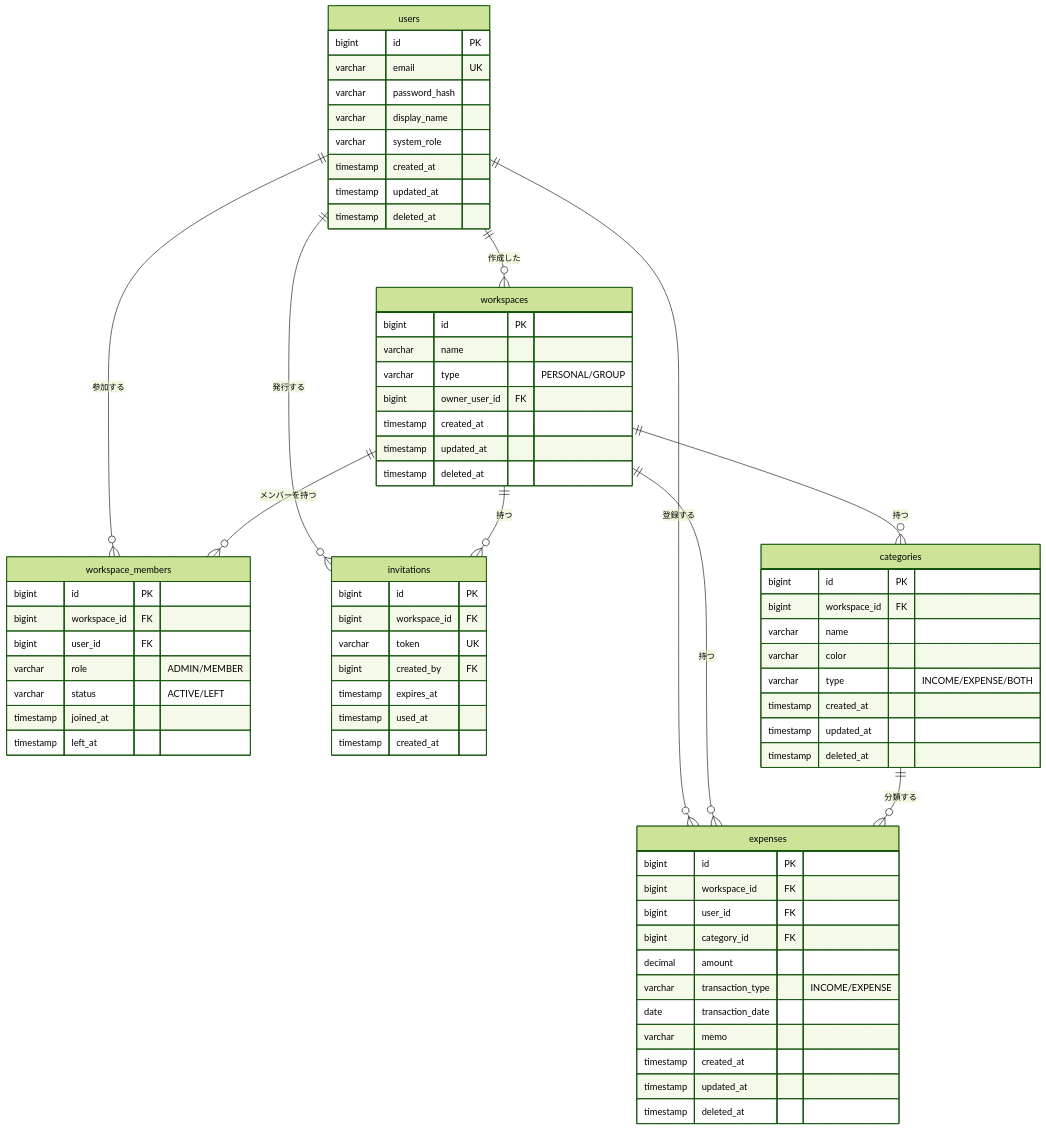
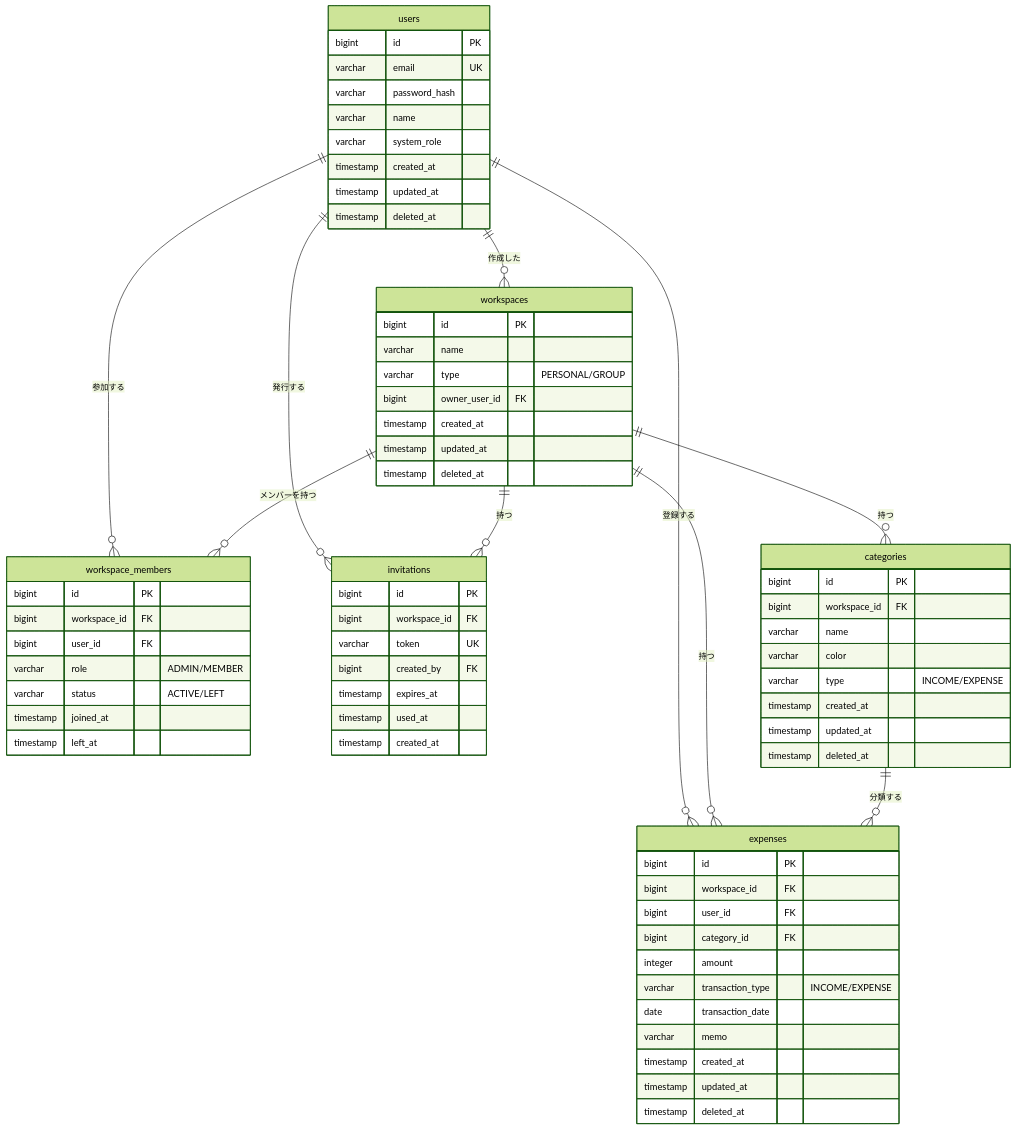
The diagram in docs/DB設計.md (riku14/family-finances), drawn with Mermaid (forest theme) before and after one commit. The commit also changed other lines of this file and 8 other files, not shown here.

Commit message:
使用されていない .gitkeep ファイルを削除し、API ドキュメントを更新して、各種エンドポイントにおける型値を大文字（INCOME/EXPENSE）に統一する。

````diff
--- a/docs/DB設計.md
+++ b/docs/DB設計.md
@@ -203,78 +203,78 @@
 ```mermaid
 erDiagram
     users ||--o{ workspaces : "作成した"
     users ||--o{ workspace_members : "参加する"
     users ||--o{ expenses : "登録する"
     users ||--o{ invitations : "発行する"
     workspaces ||--o{ workspace_members : "メンバーを持つ"
     workspaces ||--o{ categories : "持つ"
     workspaces ||--o{ expenses : "持つ"
     workspaces ||--o{ invitations : "持つ"
     categories ||--o{ expenses : "分類する"
 
     users {
         bigint id PK
         varchar email UK
         varchar password_hash
-        varchar display_name
+        varchar name
         varchar system_role
         timestamp created_at
         timestamp updated_at
         timestamp deleted_at
     }
 
     workspaces {
         bigint id PK
         varchar name
         varchar type "PERSONAL/GROUP"
         bigint owner_user_id FK
         timestamp created_at
         timestamp updated_at
         timestamp deleted_at
     }
 
     workspace_members {
         bigint id PK
         bigint workspace_id FK
         bigint user_id FK
         varchar role "ADMIN/MEMBER"
         varchar status "ACTIVE/LEFT"
         timestamp joined_at
         timestamp left_at
     }
 
     invitations {
         bigint id PK
         bigint workspace_id FK
         varchar token UK
         bigint created_by FK
         timestamp expires_at
         timestamp used_at
         timestamp created_at
     }
 
     categories {
         bigint id PK
         bigint workspace_id FK
         varchar name
         varchar color
-        varchar type "INCOME/EXPENSE/BOTH"
+        varchar type "INCOME/EXPENSE"
         timestamp created_at
         timestamp updated_at
         timestamp deleted_at
     }
 
     expenses {
         bigint id PK
         bigint workspace_id FK
         bigint user_id FK
         bigint category_id FK
-        decimal amount
+        integer amount
         varchar transaction_type "INCOME/EXPENSE"
         date transaction_date
         varchar memo
         timestamp created_at
         timestamp updated_at
         timestamp deleted_at
     }
 ```
````
